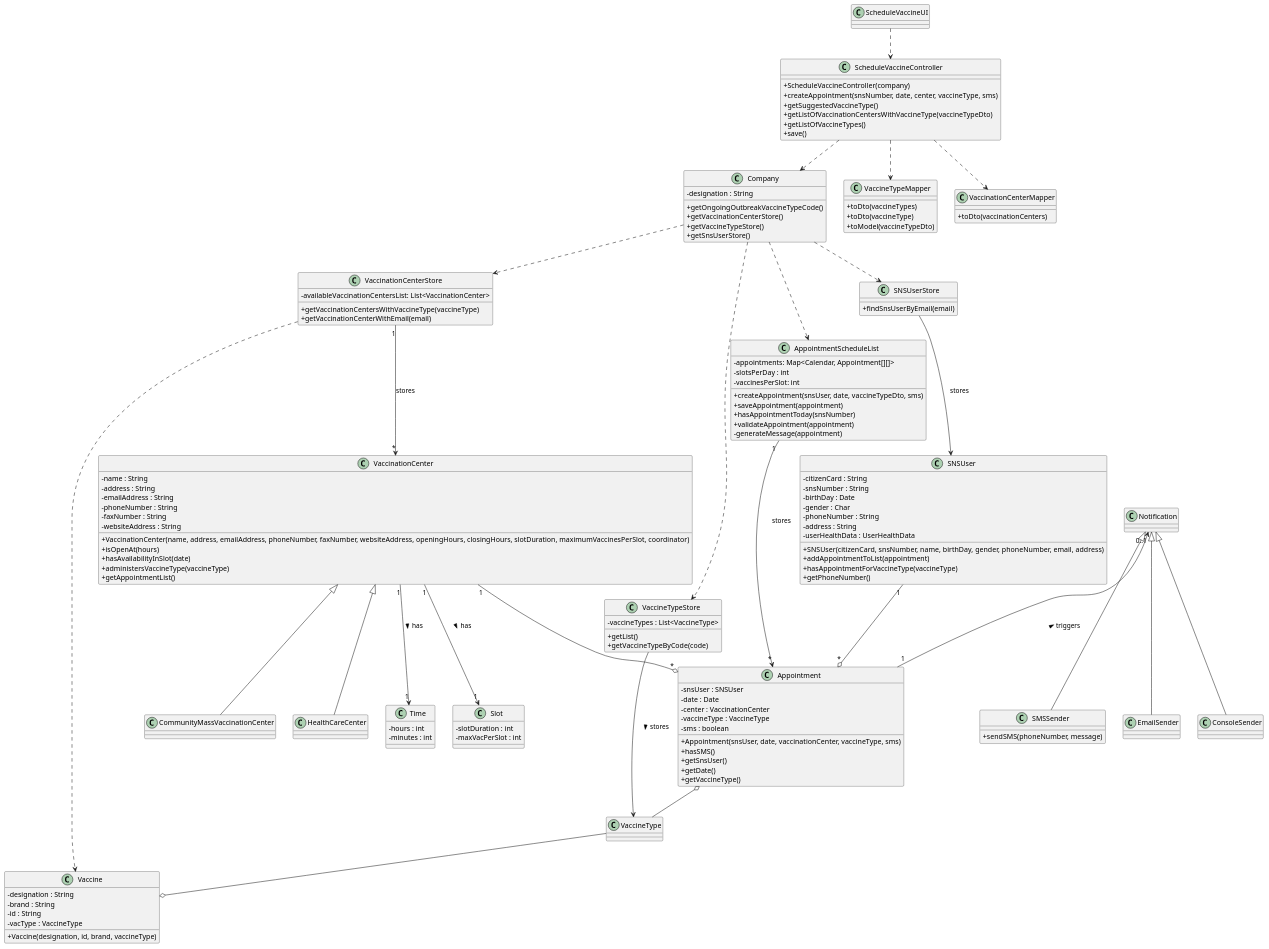
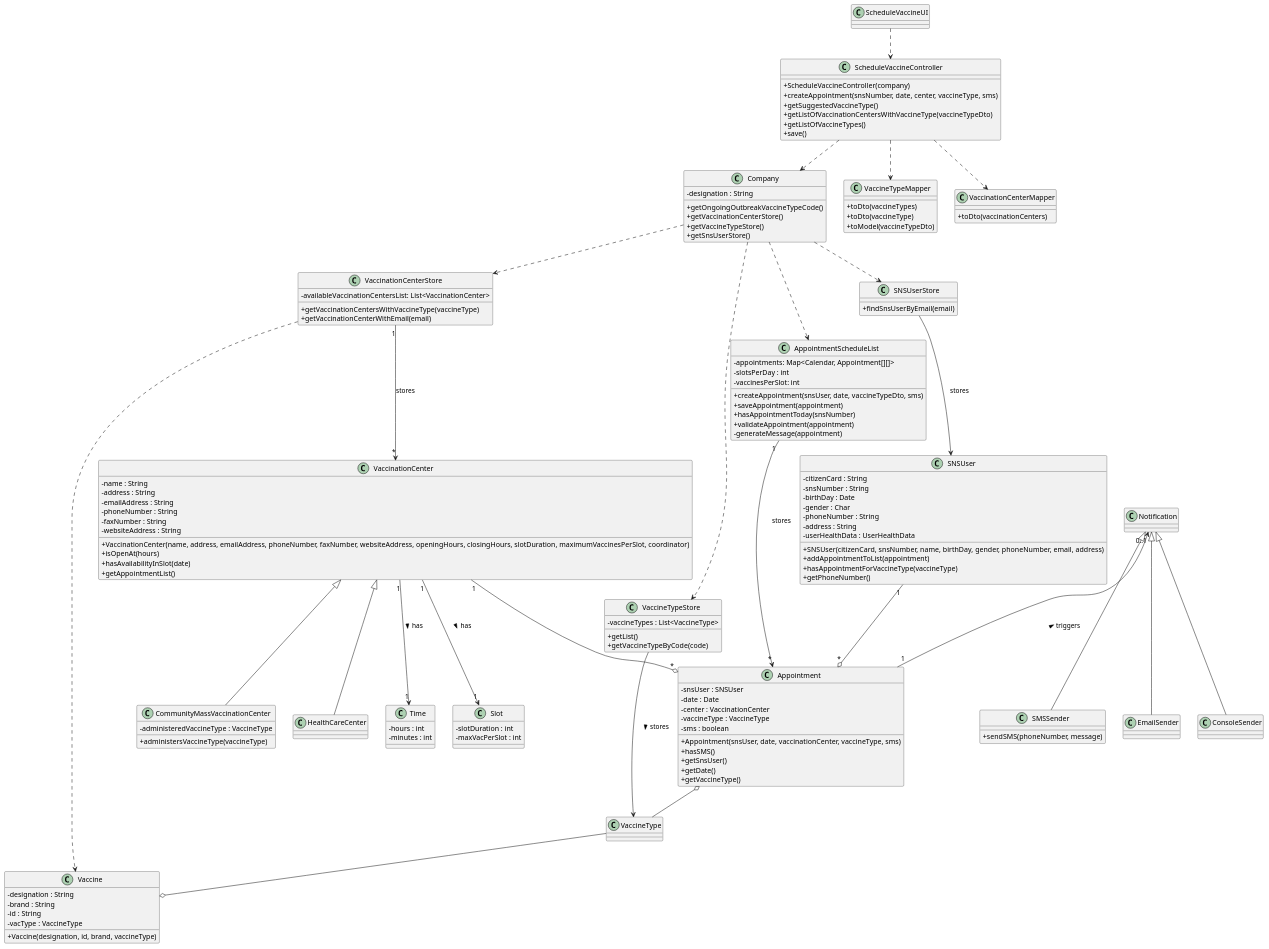
One commit to miseEnPlace-i/lapr2 changed the diagram in docs/SprintC/US01/CD/US01_CD.puml. Above: the diagram before and after it, drawn with PlantUML.

Commit message:
docs(us-01): fix wrong method on cd

```diff
--- a/docs/SprintC/US01/CD/US01_CD.puml
+++ b/docs/SprintC/US01/CD/US01_CD.puml
@@ -1,169 +1,171 @@
 @startuml US01_CD
 skinparam classAttributeIconSize 0
 
 class Appointment {
   - snsUser : SNSUser
   - date : Date
   - center : VaccinationCenter
   - vaccineType : VaccineType
   - sms : boolean
   +Appointment(snsUser, date, vaccinationCenter, vaccineType, sms)
   +hasSMS()
   +getSnsUser()
   +getDate()
   +getVaccineType()
 }
 
 class AppointmentScheduleList {
   -appointments: Map<Calendar, Appointment[][]>
   -slotsPerDay : int
   -vaccinesPerSlot: int
   +createAppointment(snsUser, date, vaccineTypeDto, sms)
   +saveAppointment(appointment)
   +hasAppointmentToday(snsNumber)
   +validateAppointment(appointment)
   -generateMessage(appointment)
 }
 
 class Vaccine   {
   -designation : String
   -brand : String
   -id : String
   -vacType : VaccineType
 
   +Vaccine(designation, id, brand, vaccineType)
 }
 
 class ScheduleVaccineUI {}
 
 class ScheduleVaccineController {
   +ScheduleVaccineController(company)
   +createAppointment(snsNumber, date, center, vaccineType, sms)
   +getSuggestedVaccineType()
   +getListOfVaccinationCentersWithVaccineType(vaccineTypeDto)
   +getListOfVaccineTypes()
   +save()
 }
 
 class Company {
   -designation : String
   +getOngoingOutbreakVaccineTypeCode()
   +getVaccinationCenterStore()
   +getVaccineTypeStore()
   +getSnsUserStore()
 }
 
 class SNSUser {
   -citizenCard : String 
   -snsNumber : String 
   -birthDay : Date 
   -gender : Char
   -phoneNumber : String 
   -address : String
   -userHealthData : UserHealthData
   +SNSUser(citizenCard, snsNumber, name, birthDay, gender, phoneNumber, email, address)
   +addAppointmentToList(appointment)
   +hasAppointmentForVaccineType(vaccineType)
   +getPhoneNumber()
 }
 
 class VaccinationCenter{
   -name : String
   -address : String
   -emailAddress : String
   -phoneNumber : String
   -faxNumber : String
   -websiteAddress : String
   +VaccinationCenter(name, address, emailAddress, phoneNumber, faxNumber, websiteAddress, openingHours, closingHours, slotDuration, maximumVaccinesPerSlot, coordinator)
   +isOpenAt(hours)
   +hasAvailabilityInSlot(date)
-  +administersVaccineType(vaccineType)
   +getAppointmentList()
 }
 
 class Time {
   -hours : int
   -minutes : int
 }
 
 class Slot {
   -slotDuration : int
   -maxVacPerSlot : int
 }
 
 class VaccinationCenterStore {
   -availableVaccinationCentersList: List<VaccinationCenter>
   +getVaccinationCentersWithVaccineType(vaccineType)
   +getVaccinationCenterWithEmail(email)
 }
 
 class VaccineType {}
 
 class VaccineTypeStore {
   -vaccineTypes : List<VaccineType>
   +getList()
   +getVaccineTypeByCode(code)
 }
 
 class SMSSender {
   +sendSMS(phoneNumber, message)
 }
 
 class VaccineTypeMapper {
   +toDto(vaccineTypes)
   +toDto(vaccineType)
   +toModel(vaccineTypeDto)
 }
 
 class VaccinationCenterMapper {
   +toDto(vaccinationCenters)
 }
 
 class SNSUserStore {
   +findSnsUserByEmail(email)                           
 }
 
-class CommunityMassVaccinationCenter {}
+class CommunityMassVaccinationCenter {
+  -administeredVaccineType : VaccineType
+  +administersVaccineType(vaccineType)
+}
 
 class HealthCareCenter {}
 
 
 ScheduleVaccineUI ..> ScheduleVaccineController
 
 ScheduleVaccineController ..> Company
 ScheduleVaccineController ..> VaccinationCenterMapper
 ScheduleVaccineController ..> VaccineTypeMapper 
 
 Company ..> VaccinationCenterStore
 Company ..> VaccineTypeStore
 Company ..> AppointmentScheduleList
 Company ..> SNSUserStore
 
 VaccinationCenterStore "1" --> "*" VaccinationCenter : stores
 VaccinationCenterStore ..> Vaccine
 
 SNSUser "1" --o "*" Appointment
 
 AppointmentScheduleList "1" --> "*" Appointment : stores
 
 Appointment o-- VaccineType
 
 Notification "0..1" <-- "1" Appointment : triggers <
 
 Notification <|-- SMSSender
 Notification <|-- EmailSender
 Notification <|-- ConsoleSender
 
 VaccineType --o Vaccine 
 
 VaccineTypeStore --> VaccineType : stores > 
 
 SNSUserStore --> SNSUser : stores
 
 VaccinationCenter <|-- CommunityMassVaccinationCenter
 VaccinationCenter <|-- HealthCareCenter
 VaccinationCenter "1" --o "*" Appointment
 VaccinationCenter "1" --> "1" Slot : has >
 VaccinationCenter "1" --> "1" Time : has >
 
 @enduml
```
